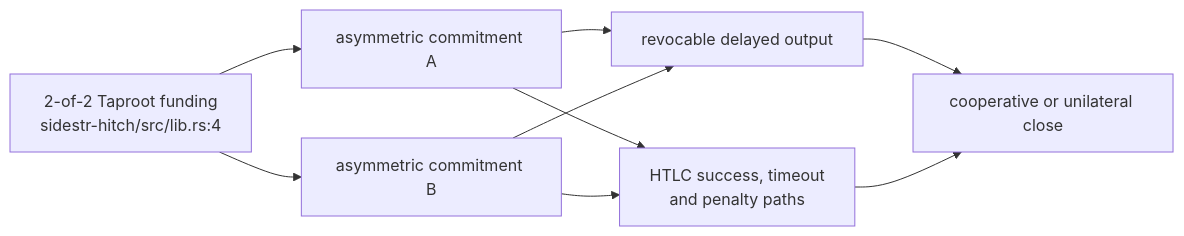
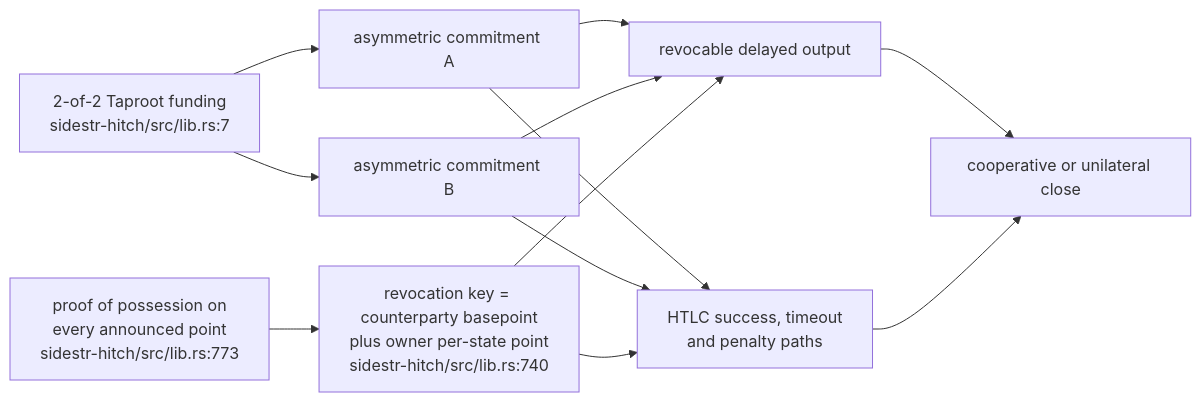
Before and after one commit to DreamLab-AI/VisionFlow: the first of 5 diagrams in docs/diagrams/sidestr-rs/04-hitch-channel-kernel-and-host-gap.md, drawn with Mermaid. The commit also changed other lines of this file and 94 other files, not shown here.

First line of the commit message:
docs(diagrams): re-verify 130 topics against 2 October HEADs

````diff
--- a/docs/diagrams/sidestr-rs/04-hitch-channel-kernel-and-host-gap.md
+++ b/docs/diagrams/sidestr-rs/04-hitch-channel-kernel-and-host-gap.md
@@ -33,11 +40,14 @@
 ```mermaid
 flowchart LR
-    FUND["2-of-2 Taproot funding<br/>sidestr-hitch/src/lib.rs:4"] --> CA["asymmetric commitment A"]
+    FUND["2-of-2 Taproot funding<br/>sidestr-hitch/src/lib.rs:7"] --> CA["asymmetric commitment A"]
     FUND --> CB["asymmetric commitment B"]
     CA --> D["revocable delayed output"]
     CB --> D
     CA --> H["HTLC success, timeout<br/>and penalty paths"]
     CB --> H
     D --> CLOSE["cooperative or unilateral close"]
     H --> CLOSE
+    REV["revocation key = counterparty basepoint<br/>plus owner per-state point<br/>sidestr-hitch/src/lib.rs:740"] --> D
+    REV --> H
+    POP["proof of possession on<br/>every announced point<br/>sidestr-hitch/src/lib.rs:773"] --> REV
 ```
````
